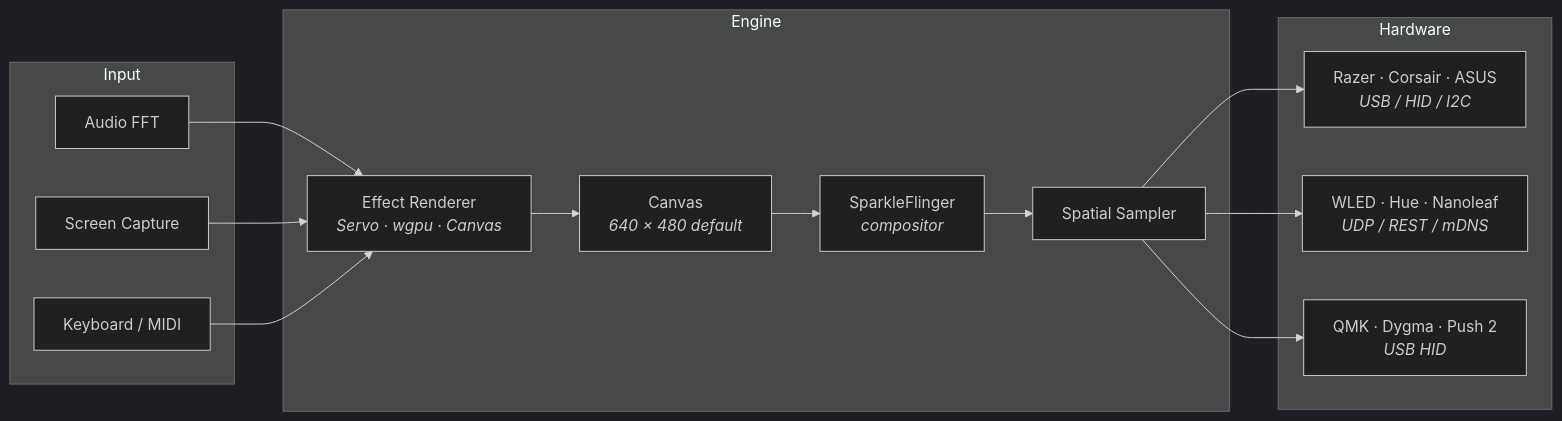
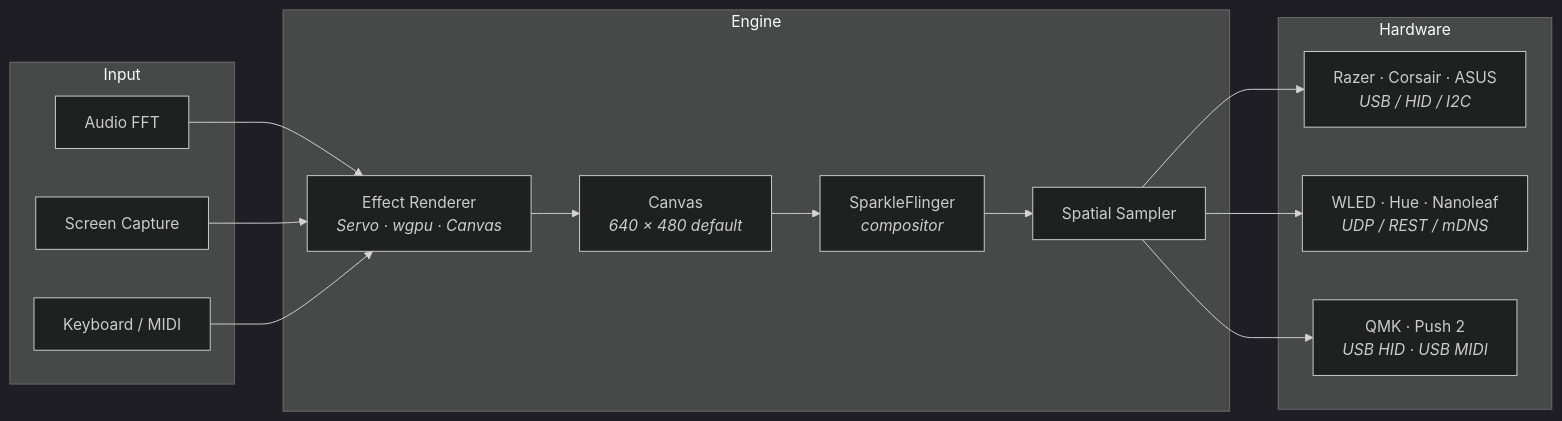
One commit to hyperb1iss/hypercolor changed the first of 2 diagrams in README.md. Above: the diagram before and after it, drawn with Mermaid (dark theme). The commit also changed other lines of this file and 13 other files, not shown here.

````diff
--- a/README.md
+++ b/README.md
@@ -57,25 +57,25 @@
 ```mermaid
 graph LR
     subgraph Input
         A[Audio FFT]
         B[Screen Capture]
         C[Keyboard / MIDI]
     end
 
     subgraph Engine
         D[Effect Renderer<br><i>Servo · wgpu · Canvas</i>]
         E[Canvas<br><i>640 × 480 default</i>]
         SF[SparkleFlinger<br><i>compositor</i>]
         F[Spatial Sampler]
     end
 
     subgraph Hardware
         G[Razer · Corsair · ASUS<br><i>USB / HID / I2C</i>]
         H[WLED · Hue · Nanoleaf<br><i>UDP / REST / mDNS</i>]
-        I[QMK · Dygma · Push 2<br><i>USB HID</i>]
+        I[QMK · Push 2<br><i>USB HID · USB MIDI</i>]
     end
 
     A & B & C --> D
     D --> E --> SF --> F
     F --> G & H & I
 ```
````
